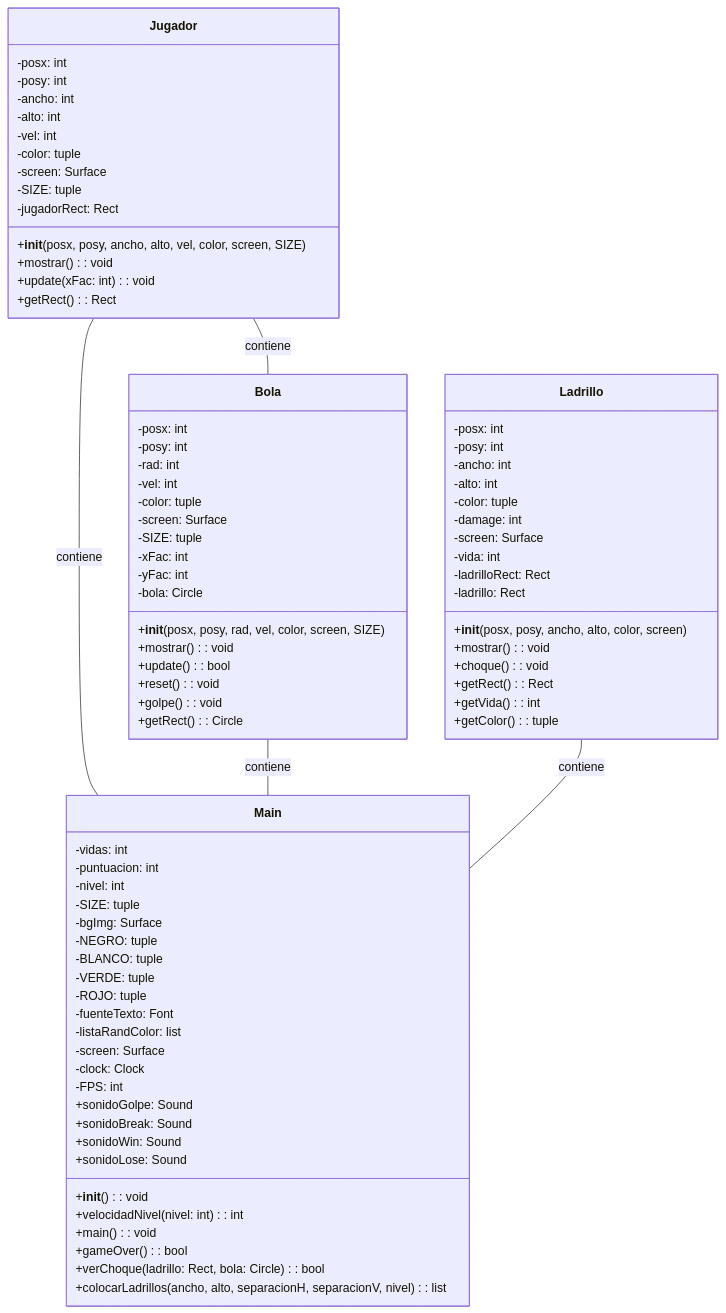
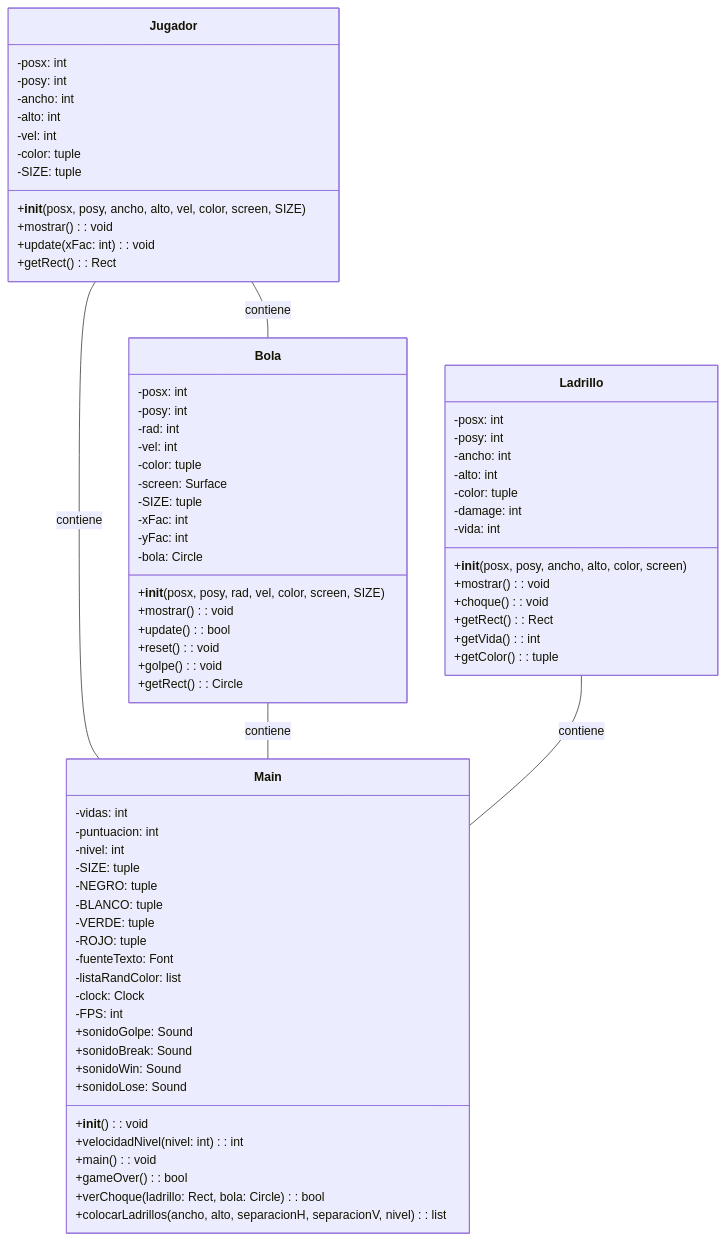
Before and after one commit to Sebaxsus/Juego: the second of 4 diagrams in README.md, drawn with Mermaid. The commit also changed other lines of this file, not shown here.

```diff
--- a/README.md
+++ b/README.md
@@ -79,9 +79,7 @@
         -alto: int
         -vel: int
         -color: tuple
-        -screen: Surface
         -SIZE: tuple
-        -jugadorRect: Rect
         +__init__(posx, posy, ancho, alto, vel, color, screen, SIZE)
         +mostrar(): void
         +update(xFac: int): void
@@ -112,10 +110,7 @@
         -alto: int
         -color: tuple
         -damage: int
-        -screen: Surface
         -vida: int
-        -ladrilloRect: Rect
-        -ladrillo: Rect
         +__init__(posx, posy, ancho, alto, color, screen)
         +mostrar(): void
         +choque(): void
@@ -128,14 +123,12 @@
         -puntuacion: int
         -nivel: int
         -SIZE: tuple
-        -bgImg: Surface
         -NEGRO: tuple
         -BLANCO: tuple
         -VERDE: tuple
         -ROJO: tuple
         -fuenteTexto: Font
         -listaRandColor: list
-        -screen: Surface
         -clock: Clock
         -FPS: int
         +sonidoGolpe: Sound
```
